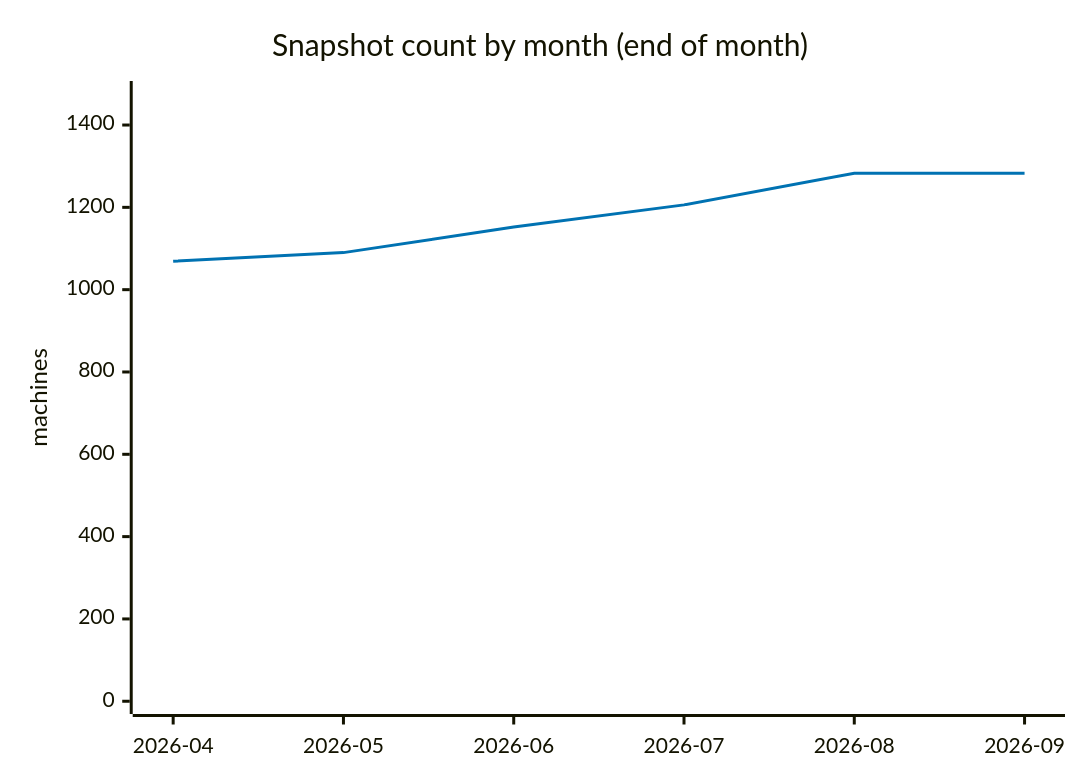
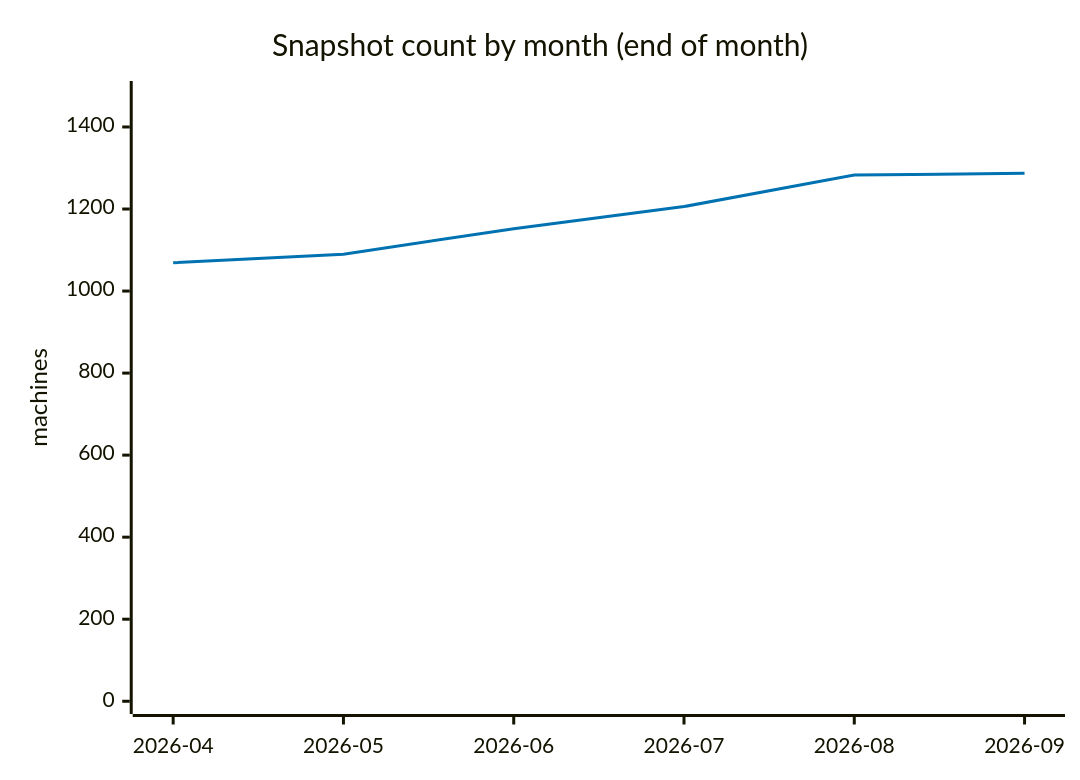
One commit to cheeaun/returnright-data changed the sixth of 7 diagrams in ANALYSIS.md. Above: the diagram before and after it, drawn with Mermaid. The commit also changed other lines of this file and 3 other files, not shown here.

````diff
--- a/ANALYSIS.md
+++ b/ANALYSIS.md
@@ -291,13 +289,13 @@
 ```mermaid
 ---
 config:
   themeVariables:
     xyChart:
       plotColorPalette: "#0072B2"
 ---
 xychart-beta
     title "Snapshot count by month (end of month)"
     x-axis ["2026-04", "2026-05", "2026-06", "2026-07", "2026-08", "2026-09"]
-    y-axis "machines" 0 --> 1476
-    line [1069, 1090, 1152, 1206, 1283, 1283]
+    y-axis "machines" 0 --> 1481
+    line [1069, 1090, 1152, 1206, 1283, 1287]
 ```
````
